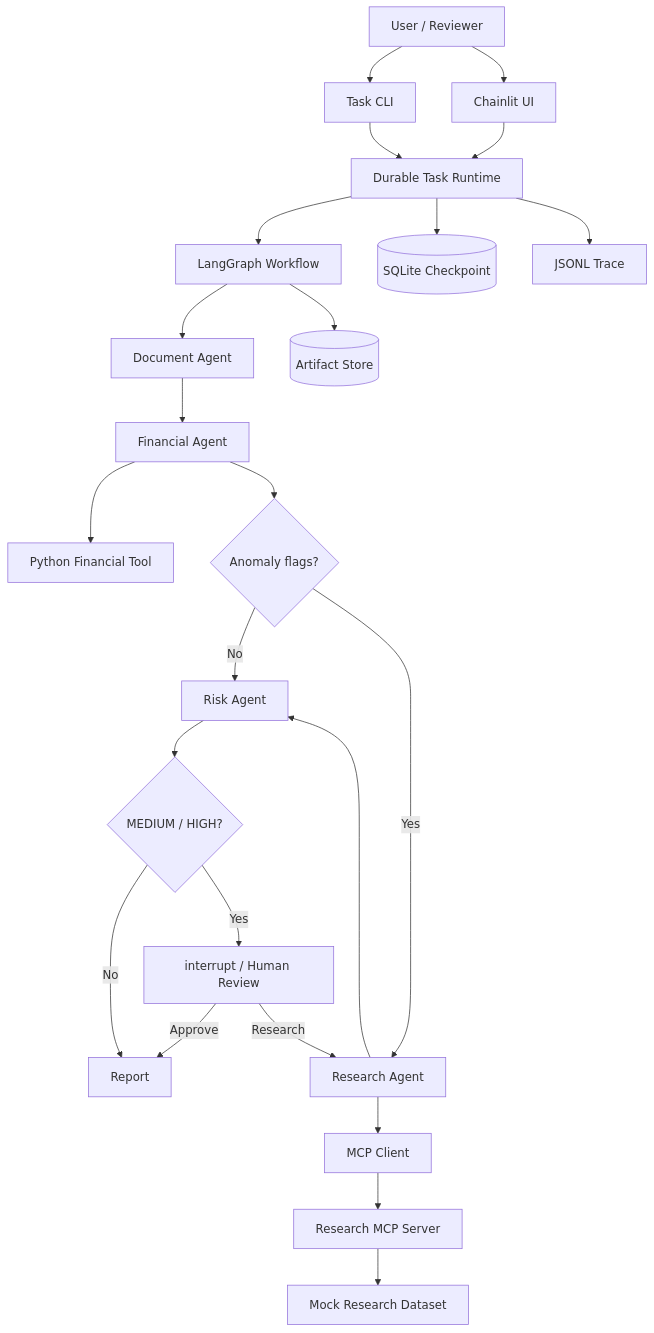
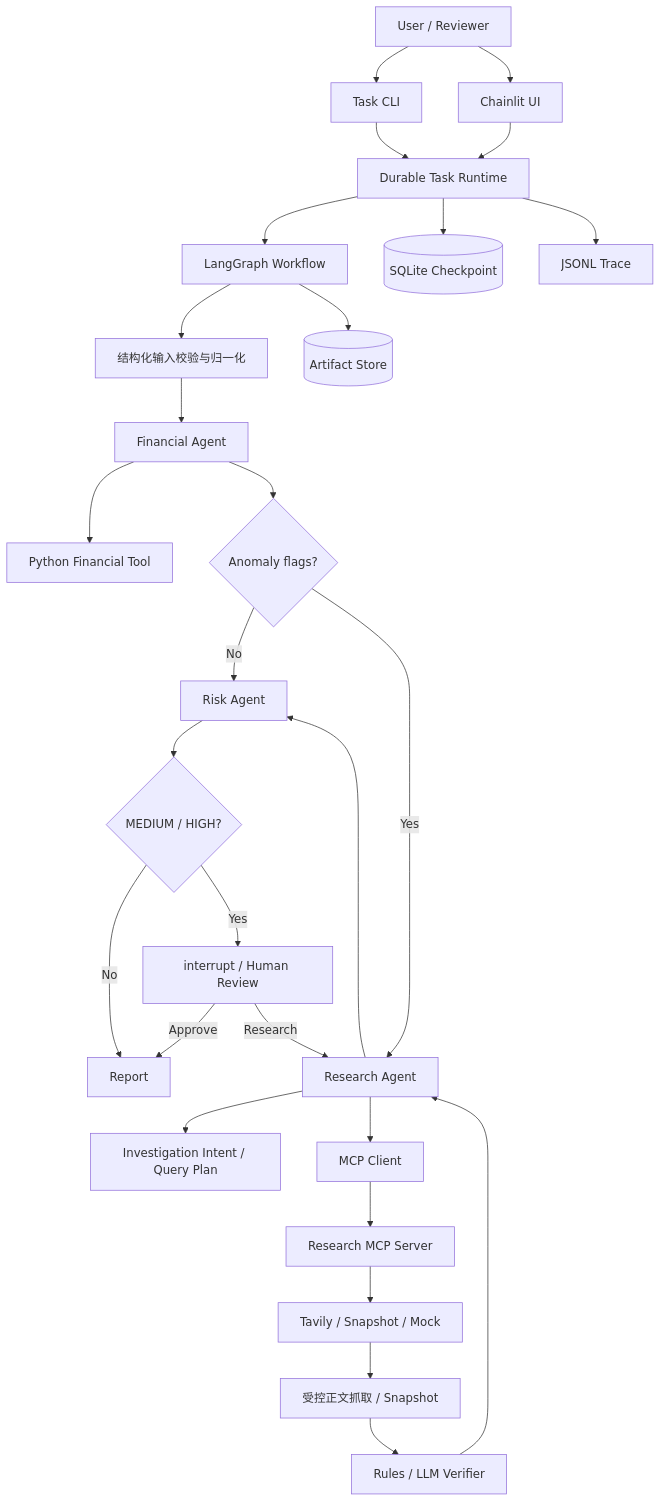
Before and after one commit to okwecool/Credra-Agent: the first of 3 diagrams in README.md, drawn with Mermaid. The commit also changed other lines of this file and 24 other files, not shown here.

````diff
--- a/README.md
+++ b/README.md
@@ -40,26 +44,30 @@
 ```mermaid
 flowchart TD
     User["User / Reviewer"] --> CLI["Task CLI"]
     User --> UI["Chainlit UI"]
     CLI --> Runtime["Durable Task Runtime"]
     UI --> Runtime
     Runtime --> Graph["LangGraph Workflow"]
     Runtime --> Checkpoint[("SQLite Checkpoint")]
-    Graph --> Document["Document Agent"]
+    Graph --> Document["结构化输入校验与归一化"]
     Document --> Financial["Financial Agent"]
     Financial --> PythonTool["Python Financial Tool"]
     Financial --> Route{"Anomaly flags?"}
     Route -->|No| Risk["Risk Agent"]
     Route -->|Yes| Research["Research Agent"]
+    Research --> Intent["Investigation Intent / Query Plan"]
     Research --> MCPClient["MCP Client"]
     MCPClient --> MCPServer["Research MCP Server"]
-    MCPServer --> Dataset["Mock Research Dataset"]
+    MCPServer --> Provider["Tavily / Snapshot / Mock"]
+    Provider --> Fetcher["受控正文抓取 / Snapshot"]
+    Fetcher --> Verifier["Rules / LLM Verifier"]
+    Verifier --> Research
     Research --> Risk
     Risk --> Review{"MEDIUM / HIGH?"}
     Review -->|No| Report["Report"]
     Review -->|Yes| Interrupt["interrupt / Human Review"]
     Interrupt -->|Approve| Report
     Interrupt -->|Research| Research
     Graph --> Artifacts[("Artifact Store")]
     Runtime --> Trace["JSONL Trace"]
 ```
````
